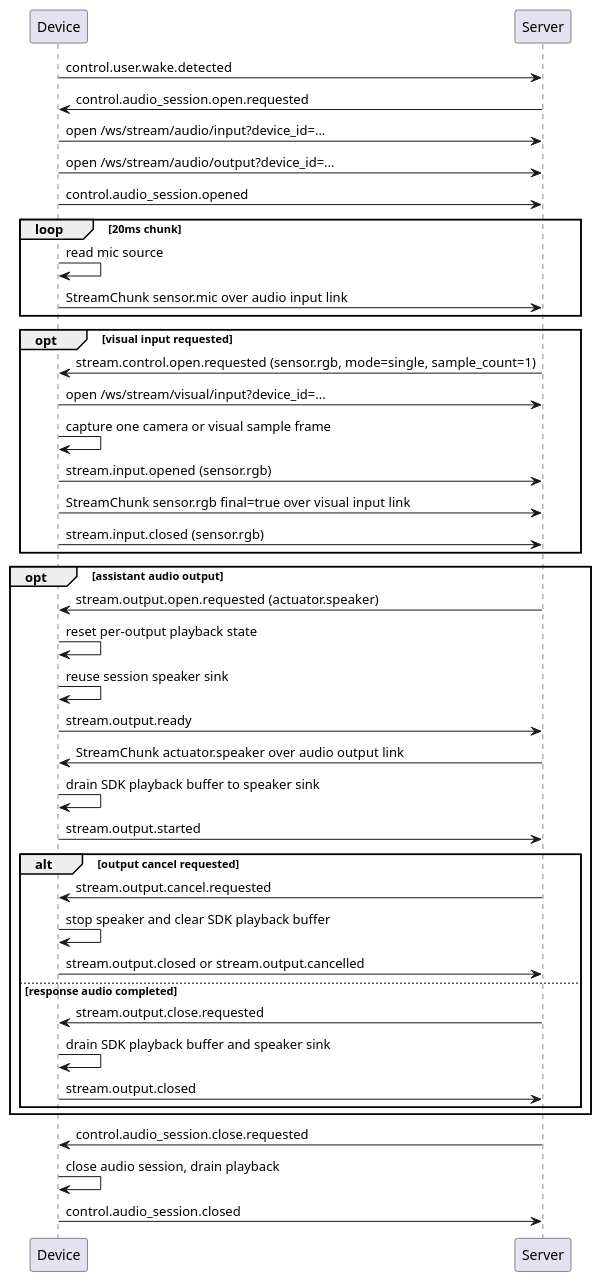
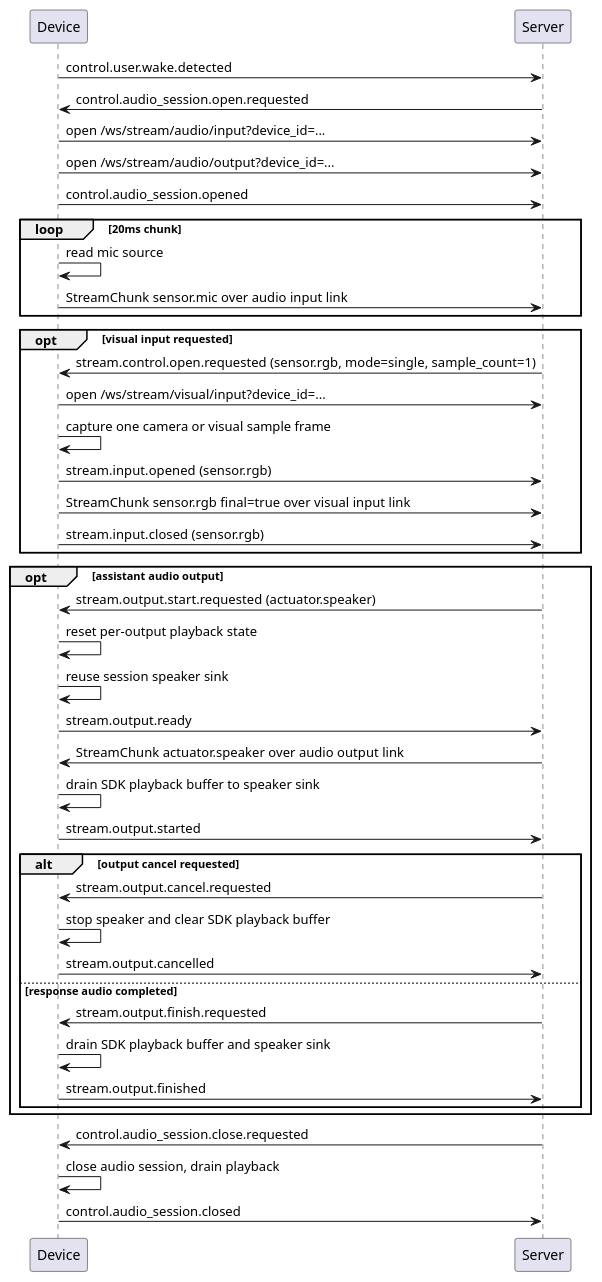
Before and after one commit to HengeLiu/RealtimeAgent: the second of 3 diagrams in docs/reference/device-event-behavior.md, drawn with PlantUML. The commit also changed other lines of this file and 2 other files, not shown here.

````diff
--- a/docs/reference/device-event-behavior.md
+++ b/docs/reference/device-event-behavior.md
@@ -150,45 +150,45 @@
 ```plantuml
 @startuml
 participant Device
 participant Server
 
 Device -> Server: control.user.wake.detected
 Server -> Device: control.audio_session.open.requested
 Device -> Server: open /ws/stream/audio/input?device_id=...
 Device -> Server: open /ws/stream/audio/output?device_id=...
 Device -> Server: control.audio_session.opened
 loop 20ms chunk
   Device -> Device: read mic source
   Device -> Server: StreamChunk sensor.mic over audio input link
 end
 opt visual input requested
   Server -> Device: stream.control.open.requested (sensor.rgb, mode=single, sample_count=1)
   Device -> Server: open /ws/stream/visual/input?device_id=...
   Device -> Device: capture one camera or visual sample frame
   Device -> Server: stream.input.opened (sensor.rgb)
   Device -> Server: StreamChunk sensor.rgb final=true over visual input link
   Device -> Server: stream.input.closed (sensor.rgb)
 end
 opt assistant audio output
-  Server -> Device: stream.output.open.requested (actuator.speaker)
+  Server -> Device: stream.output.start.requested (actuator.speaker)
   Device -> Device: reset per-output playback state
   Device -> Device: reuse session speaker sink
   Device -> Server: stream.output.ready
   Server -> Device: StreamChunk actuator.speaker over audio output link
   Device -> Device: drain SDK playback buffer to speaker sink
   Device -> Server: stream.output.started
   alt output cancel requested
     Server -> Device: stream.output.cancel.requested
     Device -> Device: stop speaker and clear SDK playback buffer
-    Device -> Server: stream.output.closed or stream.output.cancelled
+    Device -> Server: stream.output.cancelled
   else response audio completed
-    Server -> Device: stream.output.close.requested
+    Server -> Device: stream.output.finish.requested
     Device -> Device: drain SDK playback buffer and speaker sink
-    Device -> Server: stream.output.closed
+    Device -> Server: stream.output.finished
   end
 end
 Server -> Device: control.audio_session.close.requested
 Device -> Device: close audio session, drain playback
 Device -> Server: control.audio_session.closed
 @enduml
 ```
````
